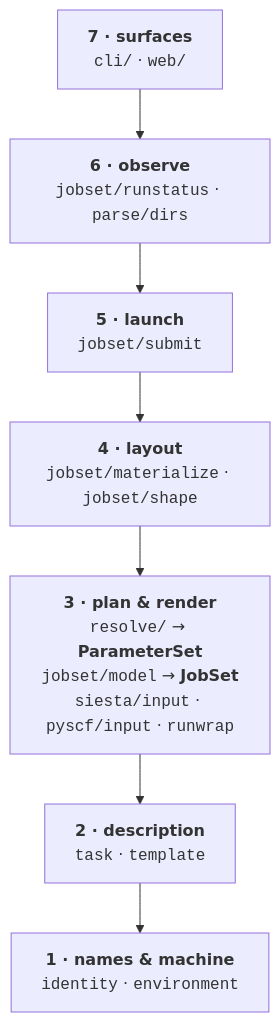
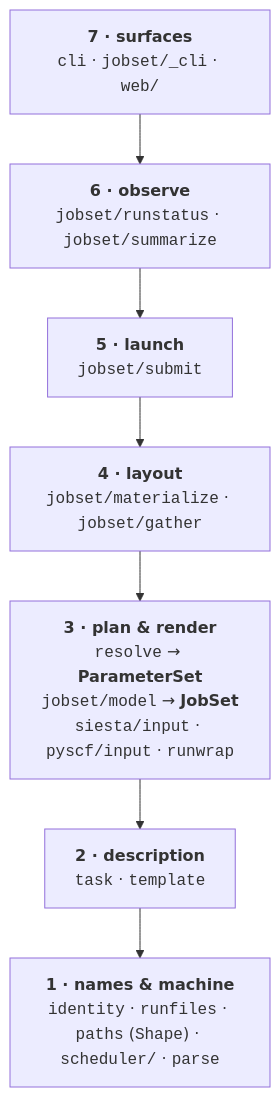
One commit to Qing-LAB/molbuilder changed the third of 3 diagrams in docs/execution/generator.md. Above: the diagram before and after it, drawn with Mermaid. The commit also changed other lines of this file and 54 other files, not shown here.

````diff
--- a/docs/execution/generator.md
+++ b/docs/execution/generator.md
@@ -802,11 +805,11 @@
 ```mermaid
 flowchart TB
-    F7["<b>7 · surfaces</b><br/><code>cli/</code> · <code>web/</code>"]
-    F6["<b>6 · observe</b><br/><code>jobset/runstatus</code> · <code>parse/dirs</code>"]
+    F7["<b>7 · surfaces</b><br/><code>cli</code> · <code>jobset/_cli</code> · <code>web/</code>"]
+    F6["<b>6 · observe</b><br/><code>jobset/runstatus</code> · <code>jobset/summarize</code>"]
     F5["<b>5 · launch</b><br/><code>jobset/submit</code>"]
-    F4["<b>4 · layout</b><br/><code>jobset/materialize</code> · <code>jobset/shape</code>"]
-    F3["<b>3 · plan &amp; render</b><br/><code>resolve/</code> → <b>ParameterSet</b><br/><code>jobset/model</code> → <b>JobSet</b><br/><code>siesta/input</code> · <code>pyscf/input</code> · <code>runwrap</code>"]
+    F4["<b>4 · layout</b><br/><code>jobset/materialize</code> · <code>jobset/gather</code>"]
+    F3["<b>3 · plan &amp; render</b><br/><code>resolve</code> → <b>ParameterSet</b><br/><code>jobset/model</code> → <b>JobSet</b><br/><code>siesta/input</code> · <code>pyscf/input</code> · <code>runwrap</code>"]
     F2["<b>2 · description</b><br/><code>task</code> · <code>template</code>"]
-    F1["<b>1 · names & machine</b><br/><code>identity</code> · <code>environment</code>"]
+    F1["<b>1 · names & machine</b><br/><code>identity</code> · <code>runfiles</code> · <code>paths</code> (<code>Shape</code>) · <code>scheduler/</code> · <code>parse</code>"]
     F7 --> F6 --> F5 --> F4 --> F3 --> F2 --> F1
 ```
````
